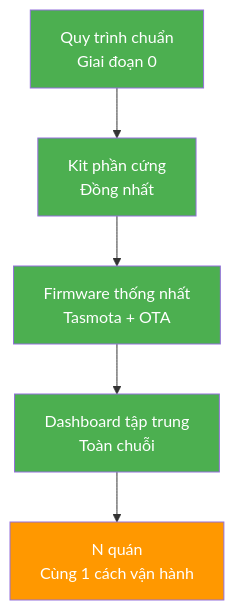
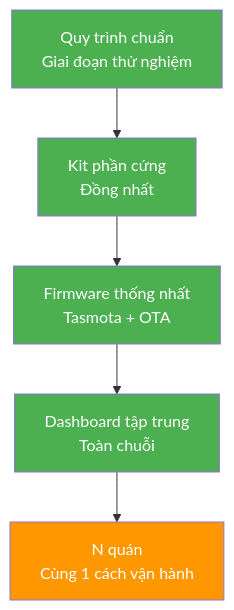
The second of 2 diagrams in slides/04-scalability.md (huongvn/HLCFEOS), drawn with Mermaid before and after one commit. The commit also changed 4 other files, not shown here.

````diff
--- a/slides/04-scalability.md
+++ b/slides/04-scalability.md
@@ -39,13 +39,13 @@
 ```mermaid
 graph TB
-    A[Quy trình chuẩn<br/>Giai đoạn 0] --> B[Kit phần cứng<br/>Đồng nhất]
+    A[Quy trình chuẩn<br/>Giai đoạn thử nghiệm] --> B[Kit phần cứng<br/>Đồng nhất]
     B --> C[Firmware thống nhất<br/>Tasmota + OTA]
     C --> D[Dashboard tập trung<br/>Toàn chuỗi]
     D --> E[N quán<br/>Cùng 1 cách vận hành]
     
     style A fill:#4CAF50,color:#fff
     style B fill:#4CAF50,color:#fff
     style C fill:#4CAF50,color:#fff
     style D fill:#4CAF50,color:#fff
     style E fill:#FF9800,color:#fff
 ```
````
